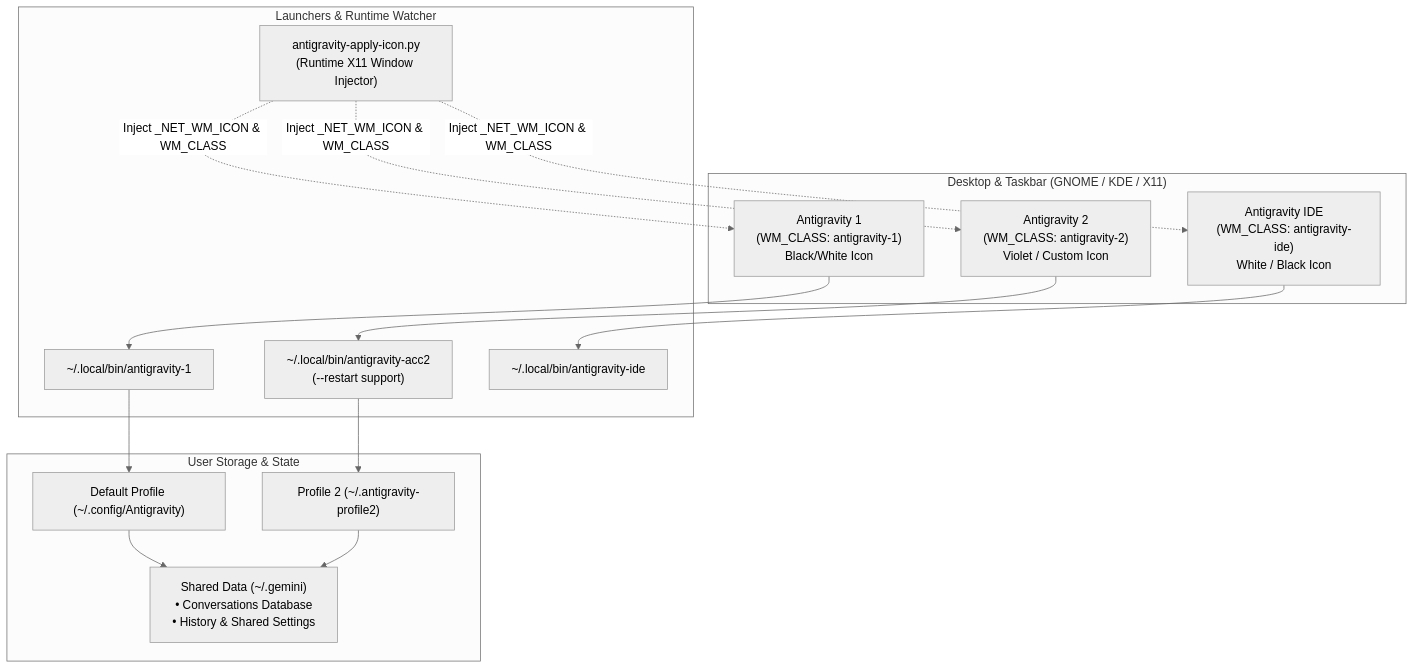
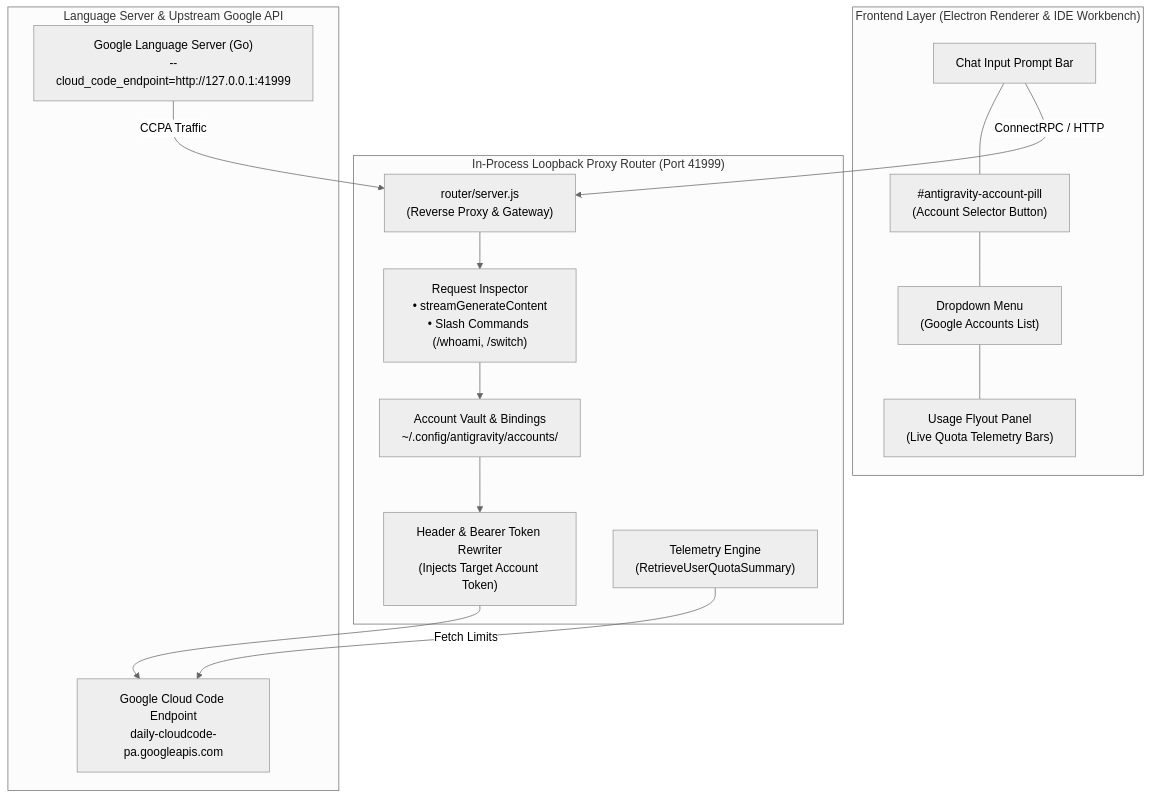
One commit to RezaRashidi/antigravity-suite-manager changed the diagram in README.md. Above: the diagram before and after it, drawn with Mermaid (neutral theme). The commit also changed other lines of this file, not shown here.

Commit message:
docs: restructure README to spotlight per-chat multi-account selector for App and IDE

````diff
--- a/README.md
+++ b/README.md
@@ -647,30 +262,33 @@
 ```mermaid
 graph TD
-    subgraph "Desktop & Taskbar (GNOME / KDE / X11)"
-        T1["Antigravity 1<br/>(WM_CLASS: antigravity-1)<br/>Black/White Icon"]
-        T2["Antigravity 2<br/>(WM_CLASS: antigravity-2)<br/>Violet / Custom Icon"]
-        TIDE["Antigravity IDE<br/>(WM_CLASS: antigravity-ide)<br/>White / Black Icon"]
+    subgraph "Frontend Layer (Electron Renderer & IDE Workbench)"
+        UI["Chat Input Prompt Bar"]
+        PILL["#antigravity-account-pill<br/>(Account Selector Button)"]
+        DD["Dropdown Menu<br/>(Google Accounts List)"]
+        FLY["Usage Flyout Panel<br/>(Live Quota Telemetry Bars)"]
+        UI --- PILL
+        PILL --- DD
+        DD --- FLY
     end
 
-    subgraph "Launchers & Runtime Watcher"
-        L1["~/.local/bin/antigravity-1"]
-        L2["~/.local/bin/antigravity-acc2<br/>(--restart support)"]
-        LIDE["~/.local/bin/antigravity-ide"]
-        WATCH["antigravity-apply-icon.py<br/>(Runtime X11 Window Injector)"]
+    subgraph "In-Process Loopback Proxy Router (Port 41999)"
+        ROUTER["router/server.js<br/>(Reverse Proxy & Gateway)"]
+        INTERCEPT["Request Inspector<br/>• streamGenerateContent<br/>• Slash Commands (/whoami, /switch)"]
+        VAULT["Account Vault & Bindings<br/>~/.config/antigravity/accounts/"]
+        SWAP["Header & Bearer Token Rewriter<br/>(Injects Target Account Token)"]
+        TELEM["Telemetry Engine<br/>(RetrieveUserQuotaSummary)"]
     end
 
-    subgraph "User Storage & State"
-        P1["Default Profile (~/.config/Antigravity)"]
-        P2["Profile 2 (~/.antigravity-profile2)"]
-        SHARED["Shared Data (~/.gemini)<br/>• Conversations Database<br/>• History & Shared Settings"]
+    subgraph "Language Server & Upstream Google API"
+        LS["Google Language Server (Go)<br/>--cloud_code_endpoint=http://127.0.0.1:41999"]
+        UPSTREAM["Google Cloud Code Endpoint<br/>daily-cloudcode-pa.googleapis.com"]
     end
 
-    T1 --> L1 --> P1
-    T2 --> L2 --> P2
-    TIDE --> LIDE
-    P1 --> SHARED
-    P2 --> SHARED
-    WATCH -.->|Inject _NET_WM_ICON & WM_CLASS| T1
-    WATCH -.->|Inject _NET_WM_ICON & WM_CLASS| T2
-    WATCH -.->|Inject _NET_WM_ICON & WM_CLASS| TIDE
+    UI -->|ConnectRPC / HTTP| ROUTER
+    LS -->|CCPA Traffic| ROUTER
+    ROUTER --> INTERCEPT
+    INTERCEPT --> VAULT
+    VAULT --> SWAP
+    SWAP --> UPSTREAM
+    TELEM -->|Fetch Limits| UPSTREAM
 ```
````
